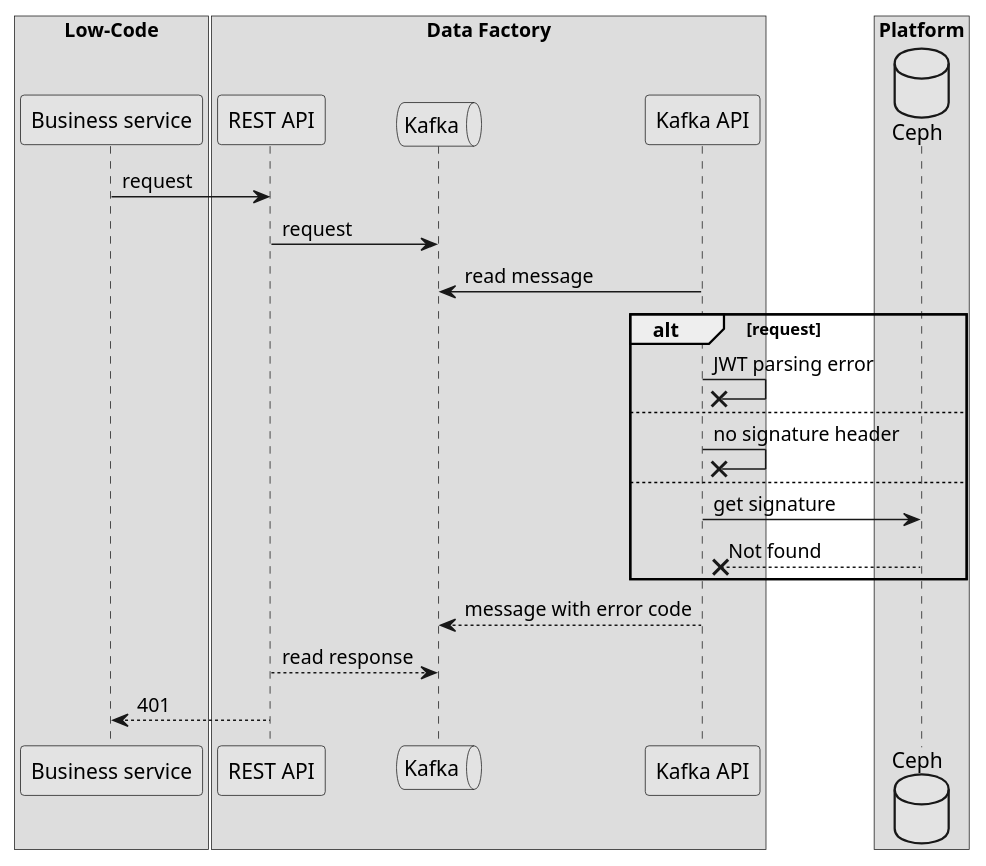
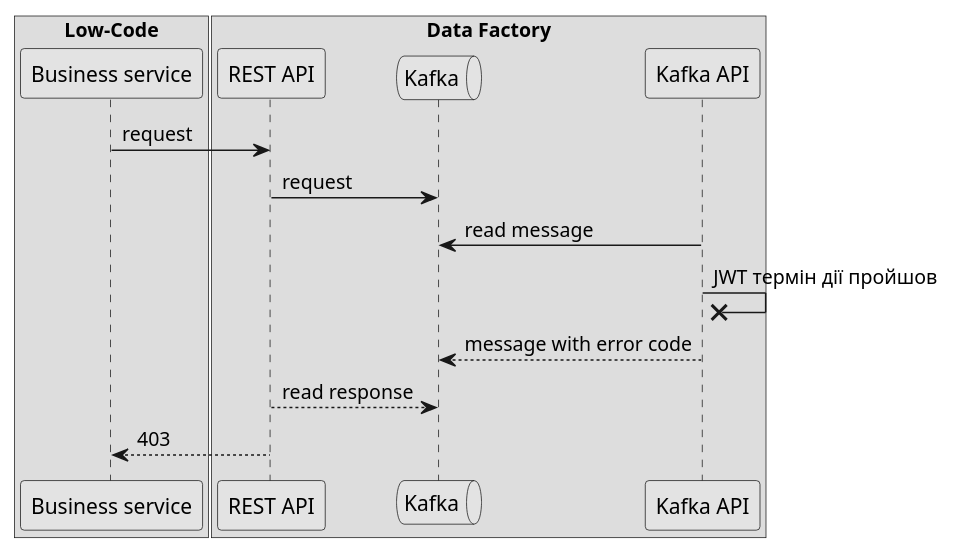
Before and after one commit to epam/edp-ddm-architecture: the third of 13 diagrams in modules/ROOT/pages/datafactory/system-errors.adoc, drawn with PlantUML. The commit also changed other lines of this file, not shown here.

Commit message:
[MDTUDDM-2227] High level error structure added

```diff
--- a/modules/ROOT/pages/datafactory/system-errors.adoc
+++ b/modules/ROOT/pages/datafactory/system-errors.adoc
@@ -48,37 +87,28 @@
 [plantuml]
 ----
  @startuml
 
 skinparam monochrome true
 
 box "Low-Code" 
     participant "Business service" as low
 end box
 
 box "Data Factory"
     participant "REST API" as rest
     queue "Kafka" as kafka
     participant "Kafka API" as kapi
 end box
 
-box "Platform"
-    database "Ceph" as ceph
-end box
-
 
 low -> rest : request
 rest -> kafka : request
 kapi -> kafka : read message
-alt request
-kapi -X kapi: JWT parsing error 
-else
-kapi -X kapi: no signature header
-else
-kapi -> ceph: get signature
-ceph --X kapi: Not found
-end
+
+kapi -x kapi: JWT термін дії пройшов
+
 kapi --> kafka : message with error code
 rest --> kafka : read response
-rest --> low : 401
+rest --> low : 403
 @enduml
 ----
```
